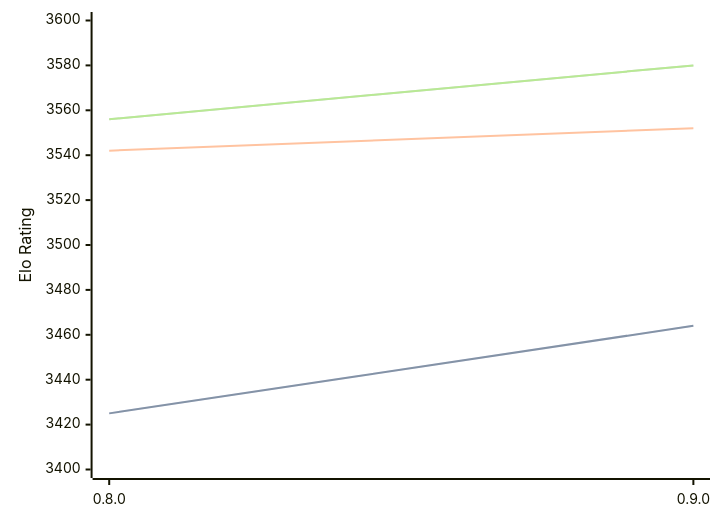
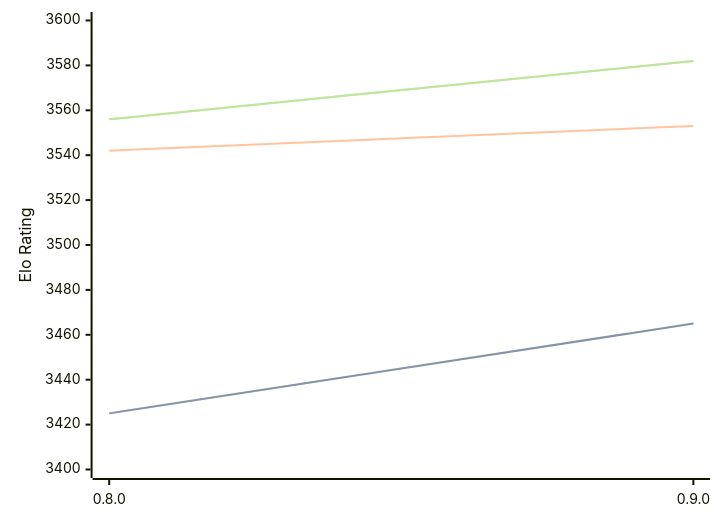
The first of 3 diagrams in engines/Reckless.md (computer-chess-index/cci), drawn with Mermaid before and after one commit. The commit also changed other lines of this file, not shown here.

Commit message:
Update CCI Ratings (ELO VLTC) - 2026-06-21

````diff
--- a/engines/Reckless.md
+++ b/engines/Reckless.md
@@ -39,11 +39,11 @@
 ```mermaid
 %%{init: {"theme":"base","themeVariables":{"seriesColors:['#a3a3a3','#222221','#faa371']}}}%%
 xychart-beta
   x-axis ["0.8.0", "0.9.0"]
   y-axis "Elo Rating" 3400 --> 3600
-  line "STC (8.0+0.08s)" [3425, 3464]
-  line "STC (8.0+0.08s)" [3425, 3464]
-  line "LTC (60.0+0.60s)" [3542, 3552]
-  line "VLTC (2m24s+1.12s)" [3556, 3580]
-  line "VLTC (2m24s+1.12s)" [3556, 3580]
+  line "STC (8.0+0.08s)" [3425, 3465]
+  line "STC (8.0+0.08s)" [3425, 3465]
+  line "LTC (60.0+0.60s)" [3542, 3553]
+  line "VLTC (2m24s+1.12s)" [3556, 3582]
+  line "VLTC (2m24s+1.12s)" [3556, 3582]
 ```
````
